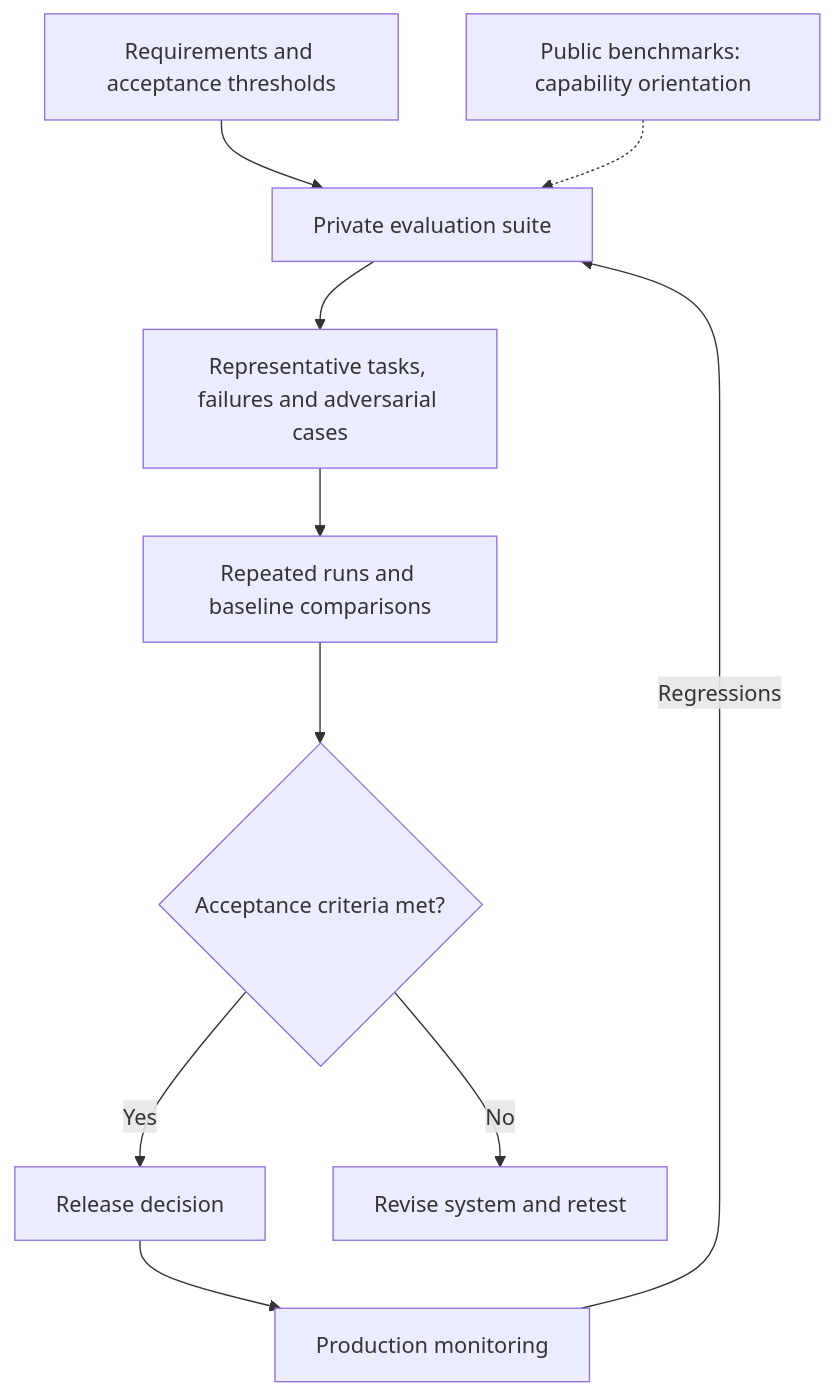
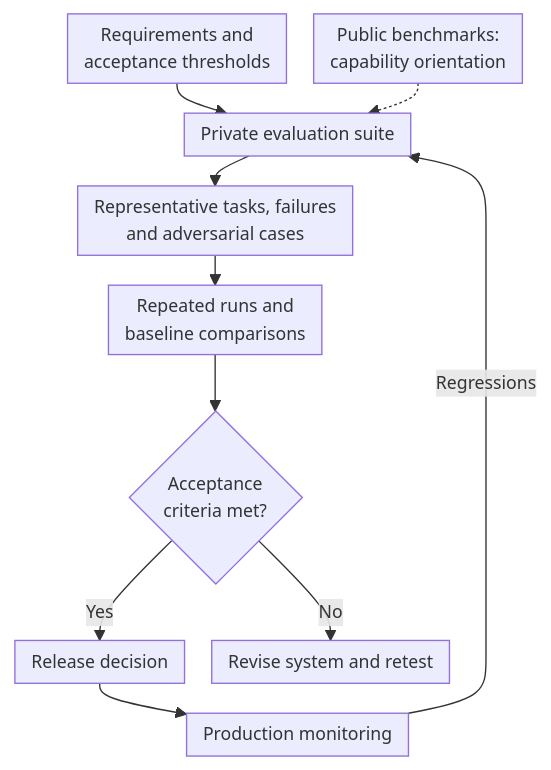
The diagram in skill/references/04-evaluate.md (raoulbia-ai/agentic-ai-engineering-framework), drawn with Mermaid before and after one commit. The commit also changed 4 other files, not shown here.

Commit message:
Make flowcharts more compact: uniform font and spacing, wrapped labels

````diff
--- a/skill/references/04-evaluate.md
+++ b/skill/references/04-evaluate.md
@@ -24,12 +24,13 @@
 ```mermaid
+%%{init: {"flowchart": {"nodeSpacing": 20, "rankSpacing": 22, "padding": 6, "wrappingWidth": 260}, "themeVariables": {"fontSize": "13px"}}}%%
 flowchart TD
-    A[Requirements and acceptance thresholds] --> B[Private evaluation suite]
-    C[Public benchmarks: capability orientation] -.-> B
-    B --> D[Representative tasks, failures and adversarial cases]
-    D --> E[Repeated runs and baseline comparisons]
-    E --> F{Acceptance criteria met?}
+    A[Requirements and<br/>acceptance thresholds] --> B[Private evaluation suite]
+    C[Public benchmarks:<br/>capability orientation] -.-> B
+    B --> D[Representative tasks, failures<br/>and adversarial cases]
+    D --> E[Repeated runs and<br/>baseline comparisons]
+    E --> F{Acceptance<br/>criteria met?}
     F -->|Yes| G[Release decision]
     F -->|No| H[Revise system and retest]
     G --> I[Production monitoring]
     I -->|Regressions| B
 ```
````
